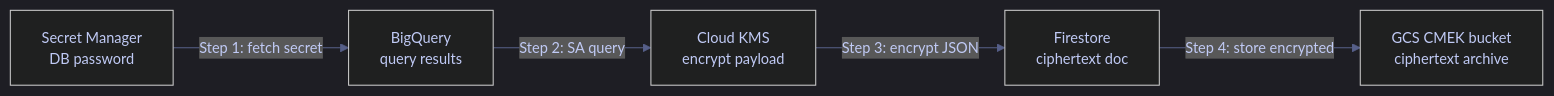
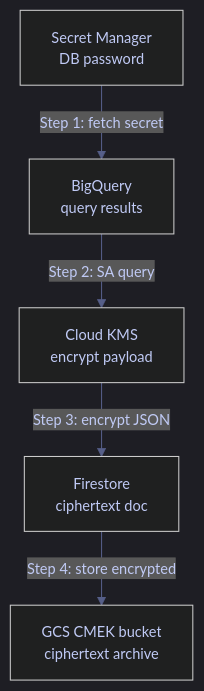
The second of 2 diagrams in content/02-Programming-Languages/Python/21_py_security_operations.md (alp78/elysium), drawn with Mermaid before and after one commit. The commit also changed other lines of this file and 92 other files, not shown here.

````diff
--- a/content/02-Programming-Languages/Python/21_py_security_operations.md
+++ b/content/02-Programming-Languages/Python/21_py_security_operations.md
@@ -2519,25 +2460,25 @@
 ```mermaid
 %%{init: {'theme': 'dark', 'themeVariables': {
   'primaryColor': '#292e42',
   'primaryTextColor': '#c0caf5',
   'primaryBorderColor': '#565f89',
   'lineColor': '#565f89',
   'secondaryColor': '#1a1b26',
   'tertiaryColor': '#24283b',
   'noteTextColor': '#c0caf5',
   'noteBkgColor': '#292e42',
   'textColor': '#c0caf5',
   'fontSize': '14px'
 }}}%%
-flowchart LR
-    SM["Secret Manager\nDB password"]
-    BQ["BigQuery\nquery results"]
-    KMS["Cloud KMS\nencrypt payload"]
-    FS["Firestore\nciphertext doc"]
-    GCS["GCS CMEK bucket\nciphertext archive"]
+flowchart TD
+    SM["Secret Manager<br/>DB password"]
+    BQ["BigQuery<br/>query results"]
+    KMS["Cloud KMS<br/>encrypt payload"]
+    FS["Firestore<br/>ciphertext doc"]
+    GCS["GCS CMEK bucket<br/>ciphertext archive"]
 
     SM -->|"Step 1: fetch secret"| BQ
     BQ -->|"Step 2: SA query"| KMS
     KMS -->|"Step 3: encrypt JSON"| FS
     FS -->|"Step 4: store encrypted"| GCS
 ```
````
